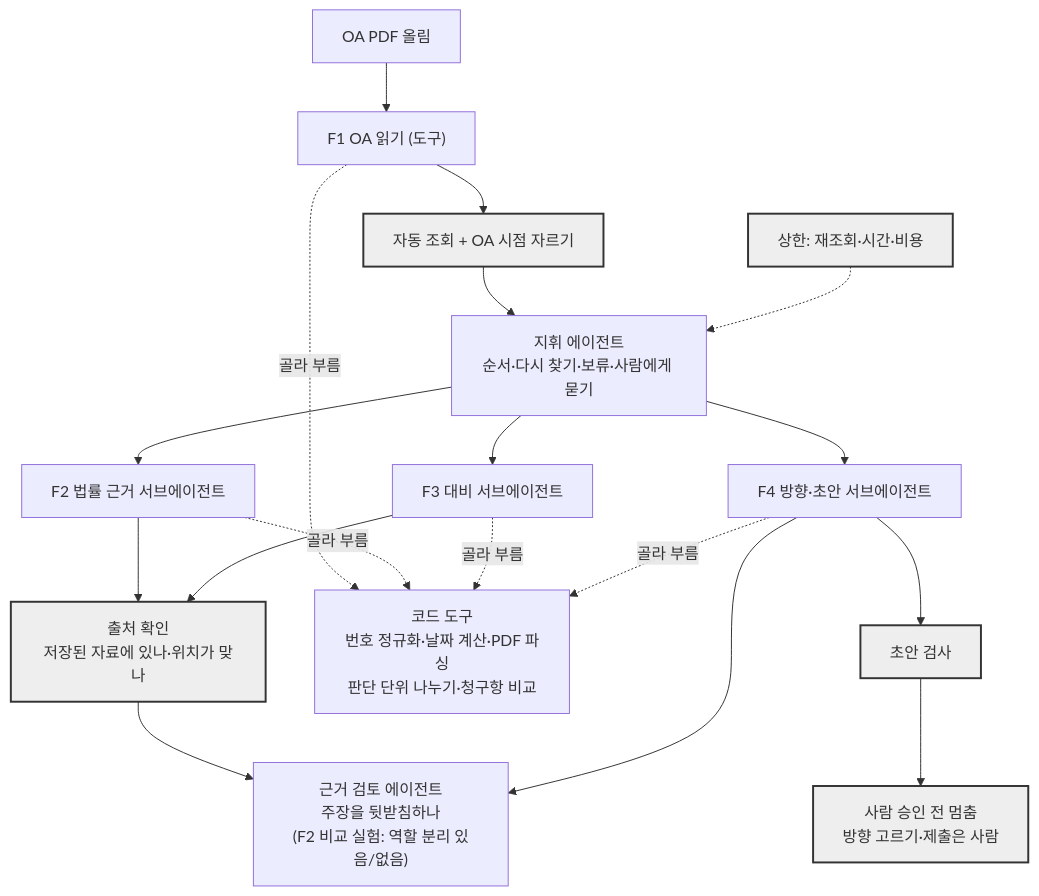
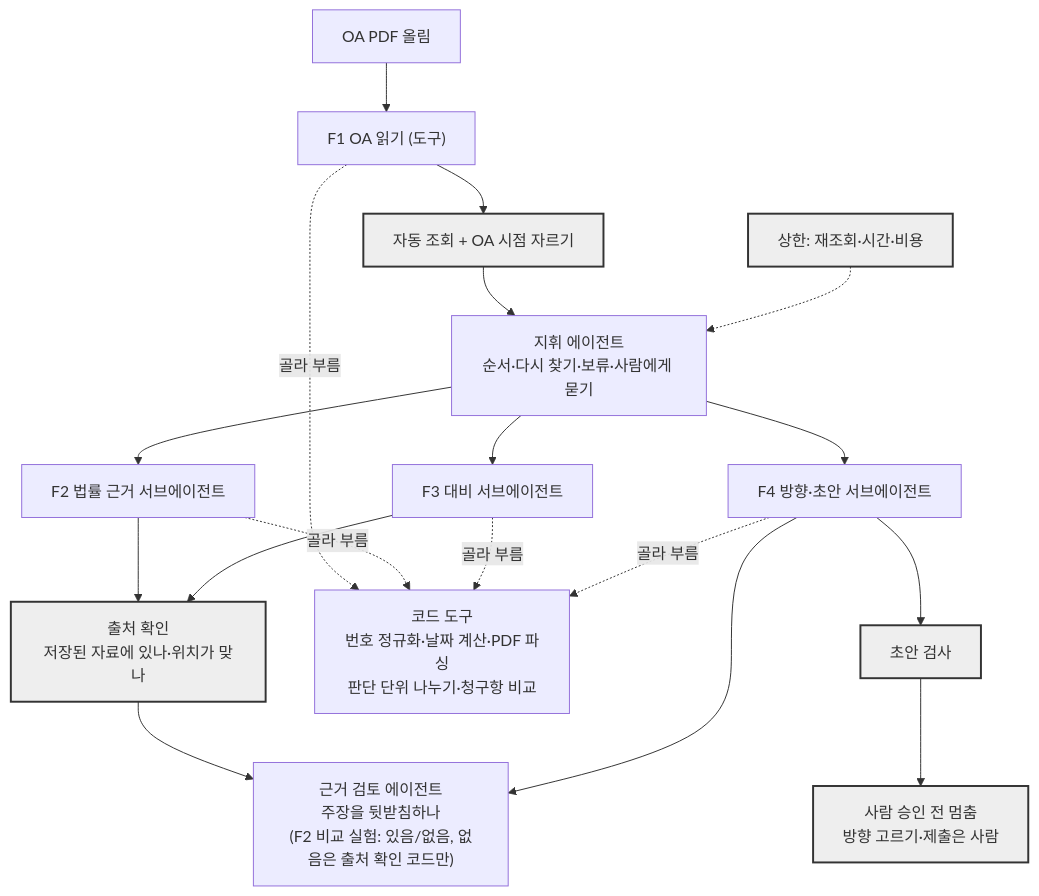
Before and after one commit to merge-mates/patent-ai-workspace: the second of 2 diagrams in docs/architecture.md, drawn with Mermaid. The commit also changed 3 other files, not shown here.

First line of the commit message:
docs(docs): F2 비교 상대를 근거 검토 에이전트 없음(출처 확인 코드만)으로

````diff
--- a/docs/architecture.md
+++ b/docs/architecture.md
@@ -94,18 +94,18 @@
 ```mermaid
 flowchart TD
   IN["OA PDF 올림"] --> F1["F1 OA 읽기 (도구)"]
   F1 --> CUT["자동 조회 + OA 시점 자르기"]
   CUT --> O["지휘 에이전트<br/>순서·다시 찾기·보류·사람에게 묻기"]
   O --> F3["F3 대비 서브에이전트"]
   O --> F2["F2 법률 근거 서브에이전트"]
   O --> F4["F4 방향·초안 서브에이전트"]
   F2 & F3 --> SRC["출처 확인<br/>저장된 자료에 있나·위치가 맞나"]
-  SRC --> V["근거 검토 에이전트<br/>주장을 뒷받침하나<br/>(F2 비교 실험: 역할 분리 있음/없음)"]
+  SRC --> V["근거 검토 에이전트<br/>주장을 뒷받침하나<br/>(F2 비교 실험: 있음/없음, 없음은 출처 확인 코드만)"]
   F4 --> V
   F1 & F2 & F3 & F4 -.골라 부름.-> T["코드 도구<br/>번호 정규화·날짜 계산·PDF 파싱<br/>판단 단위 나누기·청구항 비교"]
   F4 --> CHK["초안 검사"]
   CHK --> HUMAN["사람 승인 전 멈춤<br/>방향 고르기·제출은 사람"]
   LIM["상한: 재조회·시간·비용"] -.-> O
   classDef fixed fill:#eee,stroke:#333,stroke-width:2px;
   class CUT,SRC,CHK,HUMAN,LIM fixed
 ```
````
